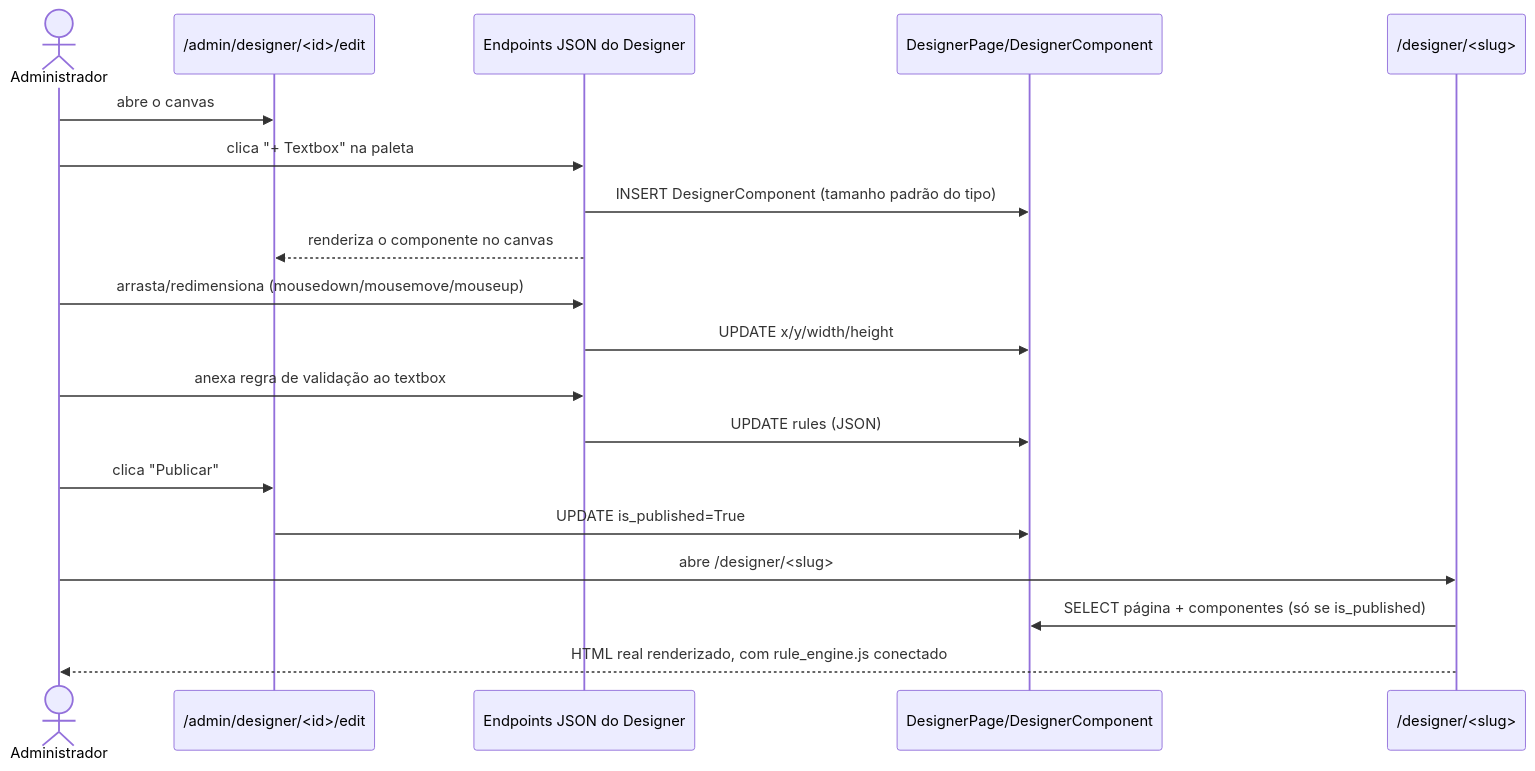
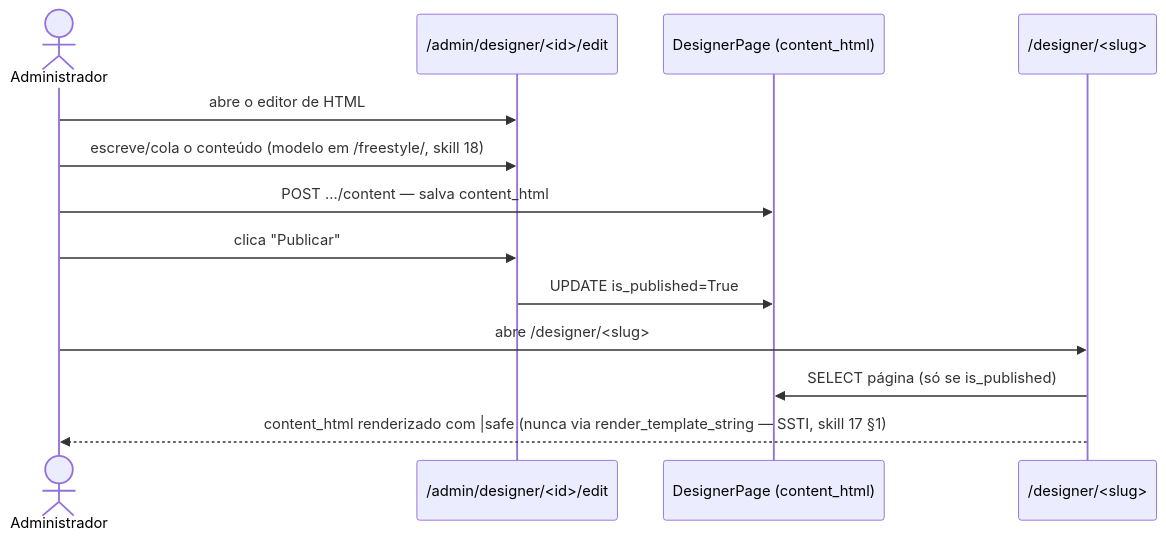
One commit to ChristopherNicolasSMM/Tesseract changed the fifth of 15 diagrams in docs/technical/03-fluxos.md. Above: the diagram before and after it, drawn with Mermaid. The commit also changed other lines of this file and 10 other files, not shown here.

````diff
--- a/docs/technical/03-fluxos.md
+++ b/docs/technical/03-fluxos.md
@@ -92,22 +95,16 @@
 ```mermaid
 sequenceDiagram
     actor Admin as Administrador
     participant Editor as /admin/designer/<id>/edit
-    participant API as Endpoints JSON do Designer
-    participant DB as DesignerPage/DesignerComponent
+    participant DB as DesignerPage (content_html)
     participant Runtime as /designer/<slug>
 
-    Admin->>Editor: abre o canvas
-    Admin->>API: clica "+ Textbox" na paleta
-    API->>DB: INSERT DesignerComponent (tamanho padrão do tipo)
-    API-->>Editor: renderiza o componente no canvas
-    Admin->>API: arrasta/redimensiona (mousedown/mousemove/mouseup)
-    API->>DB: UPDATE x/y/width/height
-    Admin->>API: anexa regra de validação ao textbox
-    API->>DB: UPDATE rules (JSON)
+    Admin->>Editor: abre o editor de HTML
+    Admin->>Editor: escreve/cola o conteúdo (modelo em /freestyle/, skill 18)
+    Admin->>DB: POST .../content — salva content_html
     Admin->>Editor: clica "Publicar"
     Editor->>DB: UPDATE is_published=True
     Admin->>Runtime: abre /designer/<slug>
-    Runtime->>DB: SELECT página + componentes (só se is_published)
-    Runtime-->>Admin: HTML real renderizado, com rule_engine.js conectado
+    Runtime->>DB: SELECT página (só se is_published)
+    Runtime-->>Admin: content_html renderizado com |safe (nunca via render_template_string — SSTI, skill 17 §1)
 ```
````
